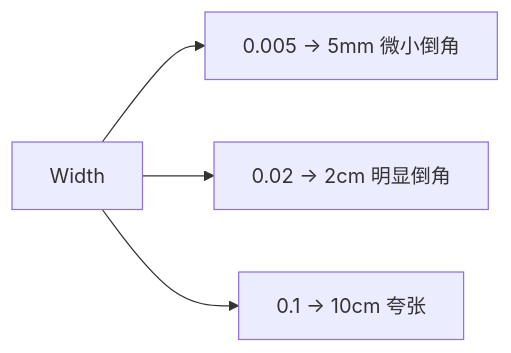
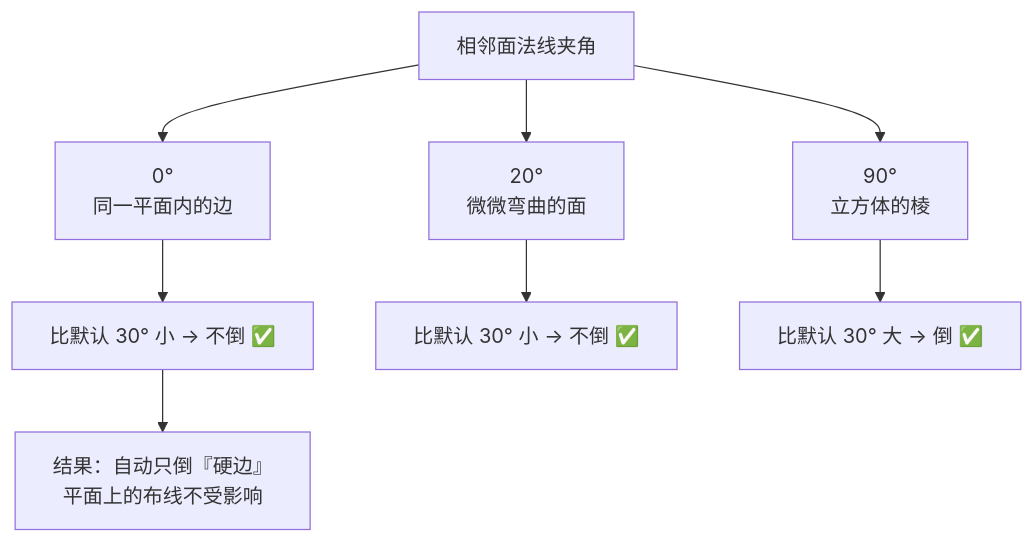
One commit to liuchamp/blenderdsv1 changed diagram 17 of 44 in Blender笔记/00-基础/06-倒角-Bevel.md. Above: the diagram before and after it, drawn with Mermaid. The commit also changed other lines of this file and 16 other files, not shown here.

````diff
--- a/Blender笔记/00-基础/06-倒角-Bevel.md
+++ b/Blender笔记/00-基础/06-倒角-Bevel.md
@@ -122,6 +367,10 @@
 ```mermaid
-flowchart LR
-    W["Width"] --> A["0.005 → 5mm 微小倒角"]
-    W --> B["0.02 → 2cm 明显倒角"]
-    W --> C["0.1 → 10cm 夸张"]
+flowchart TD
+    A["相邻面法线夹角"] --> B["0°<br/>同一平面内的边"]
+    A --> C["20°<br/>微微弯曲的面"]
+    A --> D["90°<br/>立方体的棱"]
+    B --> B1["比默认 30° 小 → 不倒 ✅"]
+    C --> C1["比默认 30° 小 → 不倒 ✅"]
+    D --> D1["比默认 30° 大 → 倒 ✅"]
+    B1 --> R["结果：自动只倒『硬边』<br/>平面上的布线不受影响"]
 ```
````
